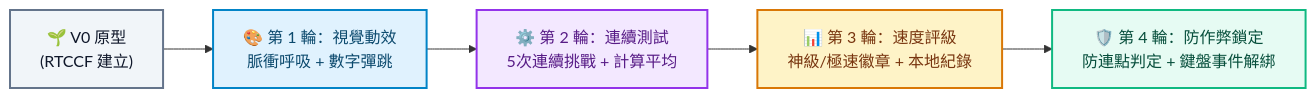
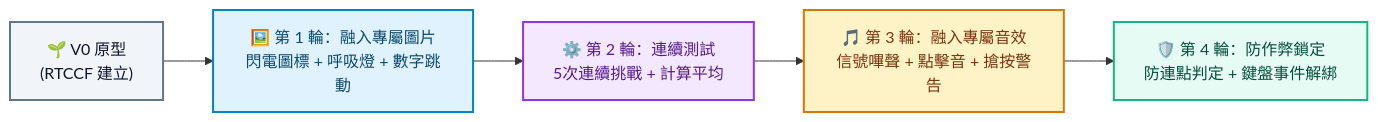
The diagram in AIFirst實作課程/建立小遊戲/反應力測試/README.md (roberthsu2003/vibe_coding), drawn with Mermaid before and after one commit. The commit also changed other lines of this file and 67 other files, not shown here.

````diff
--- a/AIFirst實作課程/建立小遊戲/反應力測試/README.md
+++ b/AIFirst實作課程/建立小遊戲/反應力測試/README.md
@@ -71,14 +76,14 @@
 ```mermaid
 flowchart LR
     V0["🌱 V0 原型<br/>(RTCCF 建立)"] 
-    --> V1["🎨 第 1 輪：視覺動效<br/>脈衝呼吸 + 數字彈跳"]
+    --> V1["🖼️ 第 1 輪：融入專屬圖片<br/>閃電圖標 + 呼吸燈 + 數字跳動"]
     --> V2["⚙️ 第 2 輪：連續測試<br/>5次連續挑戰 + 計算平均"]
-    --> V3["📊 第 3 輪：速度評級<br/>神級/極速徽章 + 本地紀錄"]
+    --> V3["🎵 第 3 輪：融入專屬音效<br/>信號嗶聲 + 點擊音 + 搶按警告"]
     --> V4["🛡️ 第 4 輪：防作弊鎖定<br/>防連點判定 + 鍵盤事件解綁"]
 
     style V0 fill:#f1f5f9,stroke:#64748b,stroke-width:2px,color:#0f172a
     style V1 fill:#e0f2fe,stroke:#0284c7,stroke-width:2px,color:#0c4a6e
     style V2 fill:#f3e8ff,stroke:#9333ea,stroke-width:2px,color:#581c87
     style V3 fill:#fef3c7,stroke:#d97706,stroke-width:2px,color:#78350f
     style V4 fill:#e6fbf3,stroke:#10b981,stroke-width:2px,color:#064e3b
 ```
````
